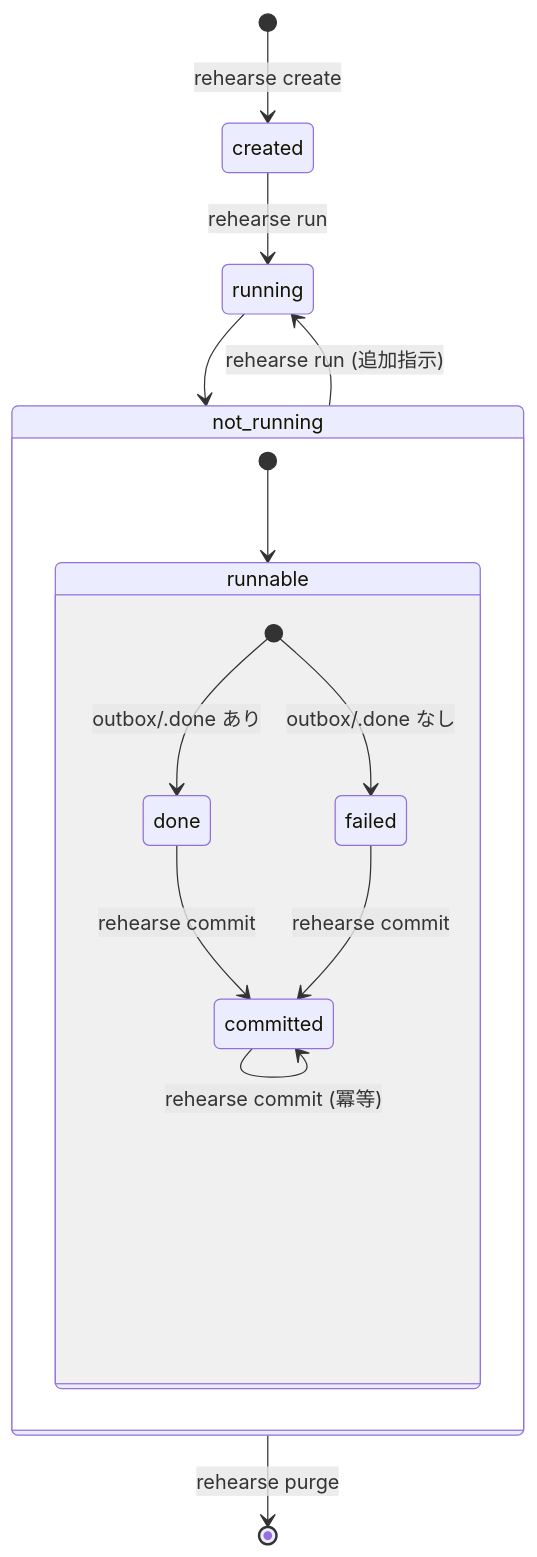
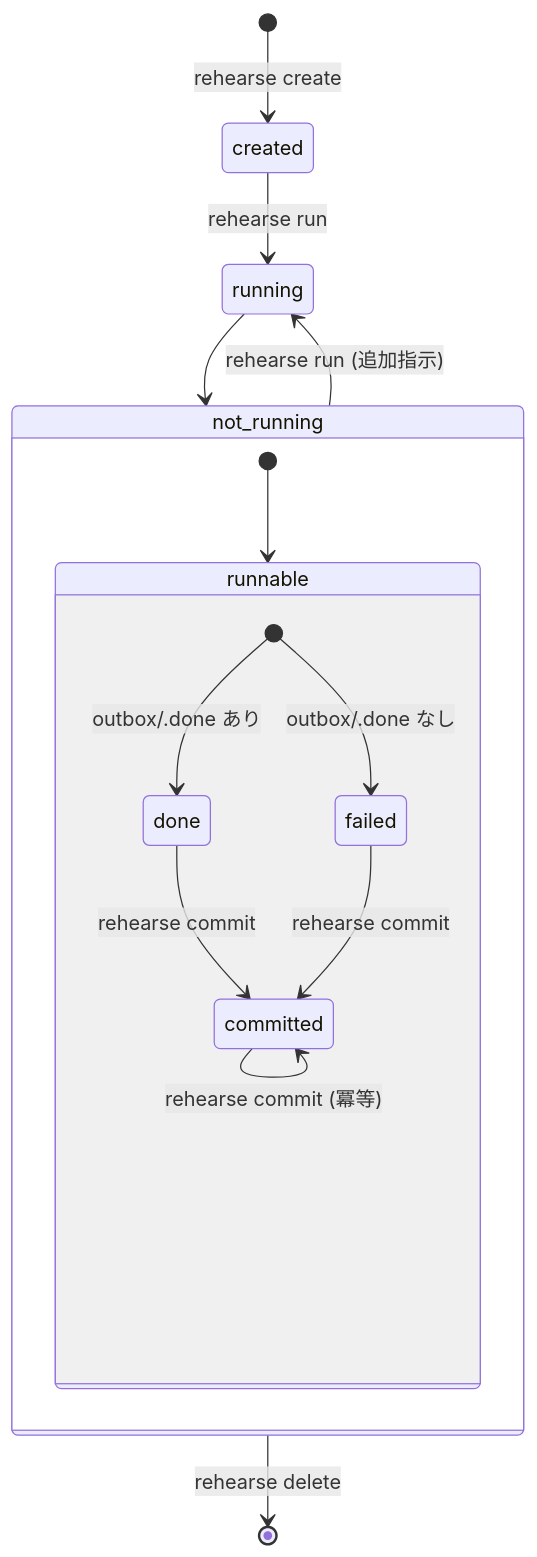
Before and after one commit to t13a/rehearse: the diagram in docs/sessions.md, drawn with Mermaid. The commit also changed other lines of this file and 9 other files, not shown here.

Commit message:
Rename `purge` to `delete`

````diff
--- a/docs/sessions.md
+++ b/docs/sessions.md
@@ -36,18 +36,18 @@
 ```mermaid
 stateDiagram-v2
     [*] --> created : rehearse create
     created --> running : rehearse run
     running --> not_running
     state not_running {
       [*] --> runnable
       state runnable {
         [*] --> done : outbox/.done あり
         [*] --> failed : outbox/.done なし
         done --> committed : rehearse commit
         failed --> committed : rehearse commit
         committed --> committed : rehearse commit (冪等)
       }
     }
     not_running --> running : rehearse run (追加指示)
-    not_running --> [*] : rehearse purge
+    not_running --> [*] : rehearse delete
 ```
````
